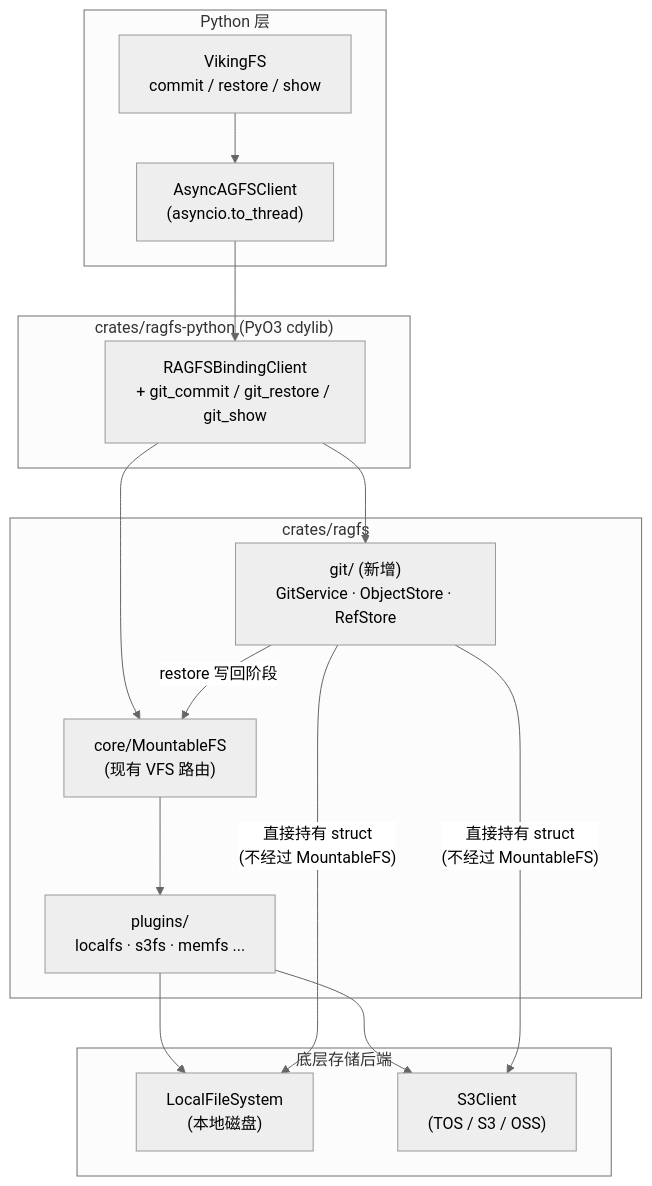
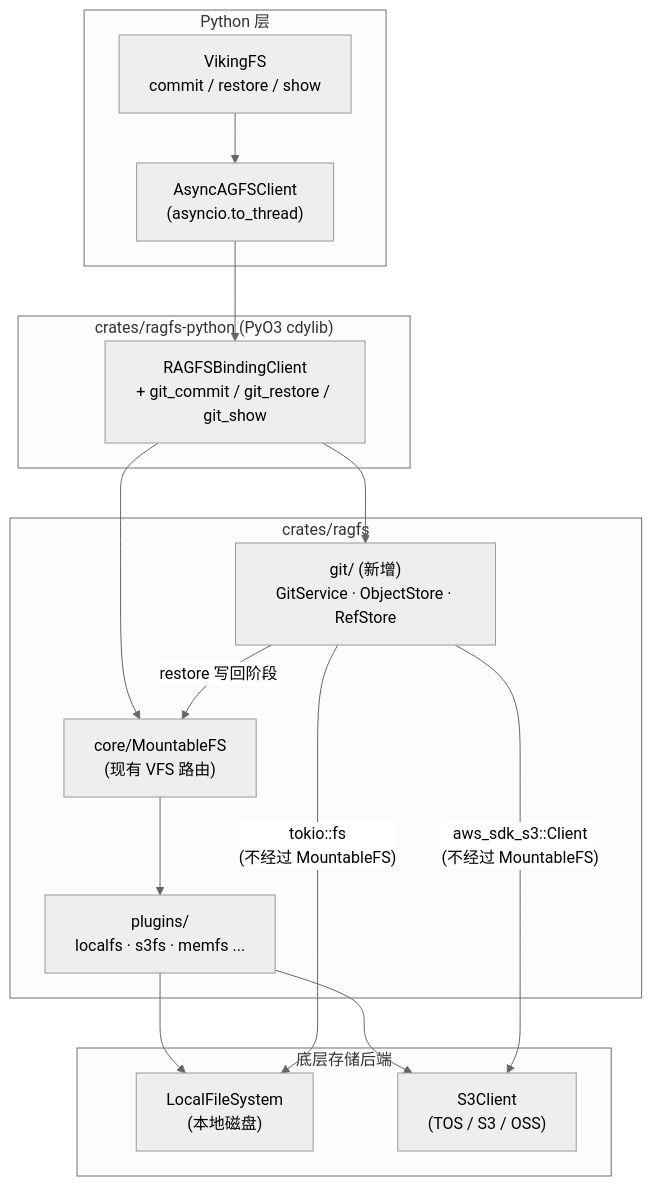
One commit to CrazyForks/OpenViking changed the first of 3 diagrams in docs/design/git-version-control-design.md. Above: the diagram before and after it, drawn with Mermaid (neutral theme). The commit also changed 66 other files, not shown here.

````diff
--- a/docs/design/git-version-control-design.md
+++ b/docs/design/git-version-control-design.md
@@ -52,43 +52,43 @@
 ```mermaid
 flowchart TB
     subgraph Py[Python 层]
         VFS["VikingFS
 commit / restore / show"]
         Async["AsyncAGFSClient
 (asyncio.to_thread)"]
     end
 
     subgraph BindCrate["crates/ragfs-python (PyO3 cdylib)"]
         RBC["RAGFSBindingClient
 + git_commit / git_restore / git_show"]
     end
 
     subgraph CoreCrate[crates/ragfs]
         MFS["core/MountableFS
 (现有 VFS 路由)"]
         Plugins["plugins/
 localfs · s3fs · memfs ..."]
         GitMod["git/ (新增)
 GitService · ObjectStore · RefStore"]
     end
 
     subgraph Backends[底层存储后端]
         Local["LocalFileSystem
 (本地磁盘)"]
         S3["S3Client
 (TOS / S3 / OSS)"]
     end
 
     VFS --> Async
     Async --> RBC
     RBC --> MFS
     RBC --> GitMod
     GitMod -- "restore 写回阶段" --> MFS
     MFS --> Plugins
     Plugins --> Local
     Plugins --> S3
-    GitMod -- "直接持有 struct
+    GitMod -- "tokio::fs
 (不经过 MountableFS)" --> Local
-    GitMod -- "直接持有 struct
+    GitMod -- "aws_sdk_s3::Client
 (不经过 MountableFS)" --> S3
 ```
````
